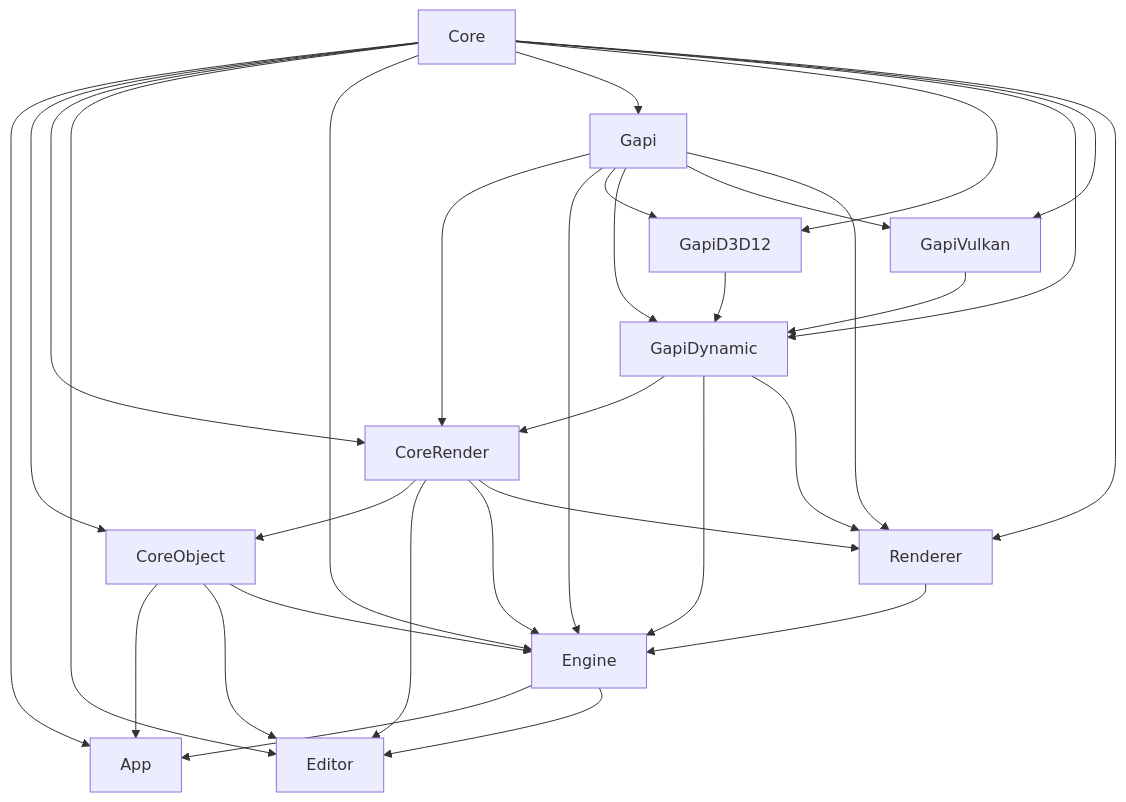
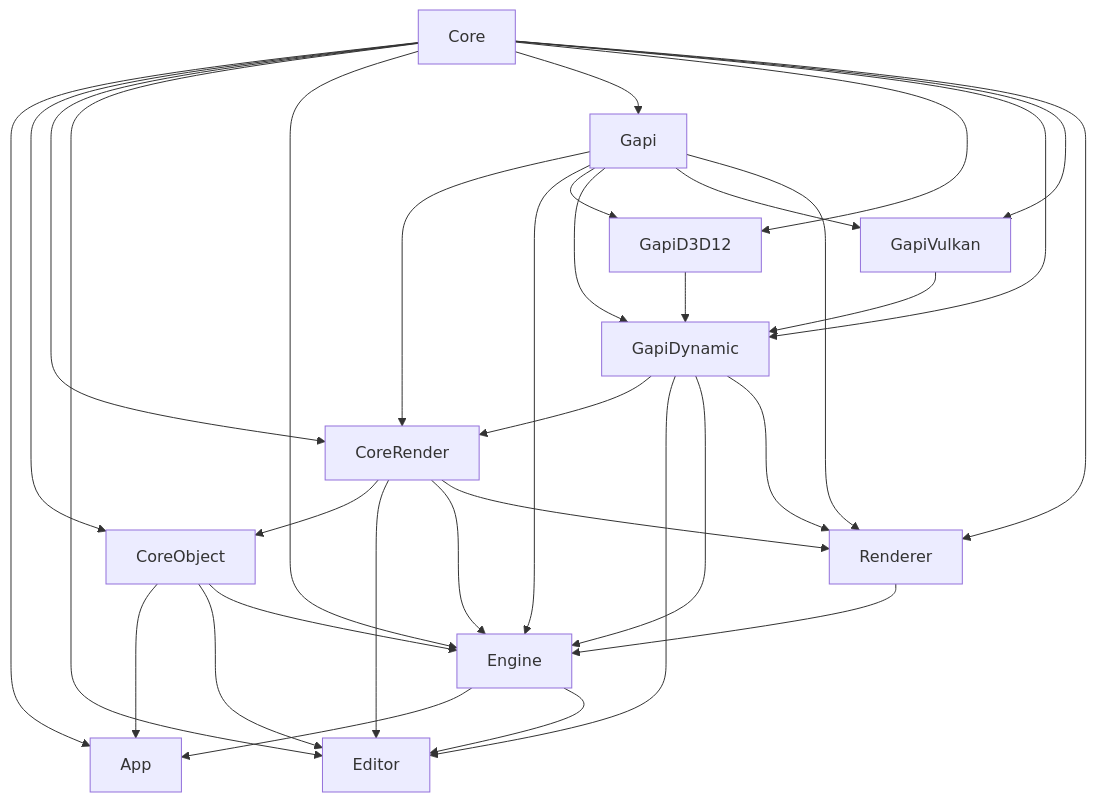
One commit to hellokenlee/NeneEngine2 changed the diagram in README.md. Above: the diagram before and after it, drawn with Mermaid. The commit also changed 29 other files, not shown here.

````diff
--- a/README.md
+++ b/README.md
@@ -101,34 +101,35 @@
 ```mermaid
 graph TD
   Core --> App
   CoreObject --> App
   Engine --> App
   Core --> CoreObject
   CoreRender --> CoreObject
   Core --> CoreRender
   Gapi --> CoreRender
   GapiDynamic --> CoreRender
   Core --> Editor
   CoreObject --> Editor
   CoreRender --> Editor
   Engine --> Editor
+  GapiDynamic --> Editor
   Core --> Engine
   CoreObject --> Engine
   CoreRender --> Engine
   Renderer --> Engine
   Gapi --> Engine
   GapiDynamic --> Engine
   Core --> Gapi
   Core --> GapiD3D12
   Gapi --> GapiD3D12
   Core --> GapiDynamic
   Gapi --> GapiDynamic
   GapiD3D12 --> GapiDynamic
   GapiVulkan --> GapiDynamic
   Core --> GapiVulkan
   Gapi --> GapiVulkan
   Core --> Renderer
   Gapi --> Renderer
   CoreRender --> Renderer
   GapiDynamic --> Renderer
 ```
````
